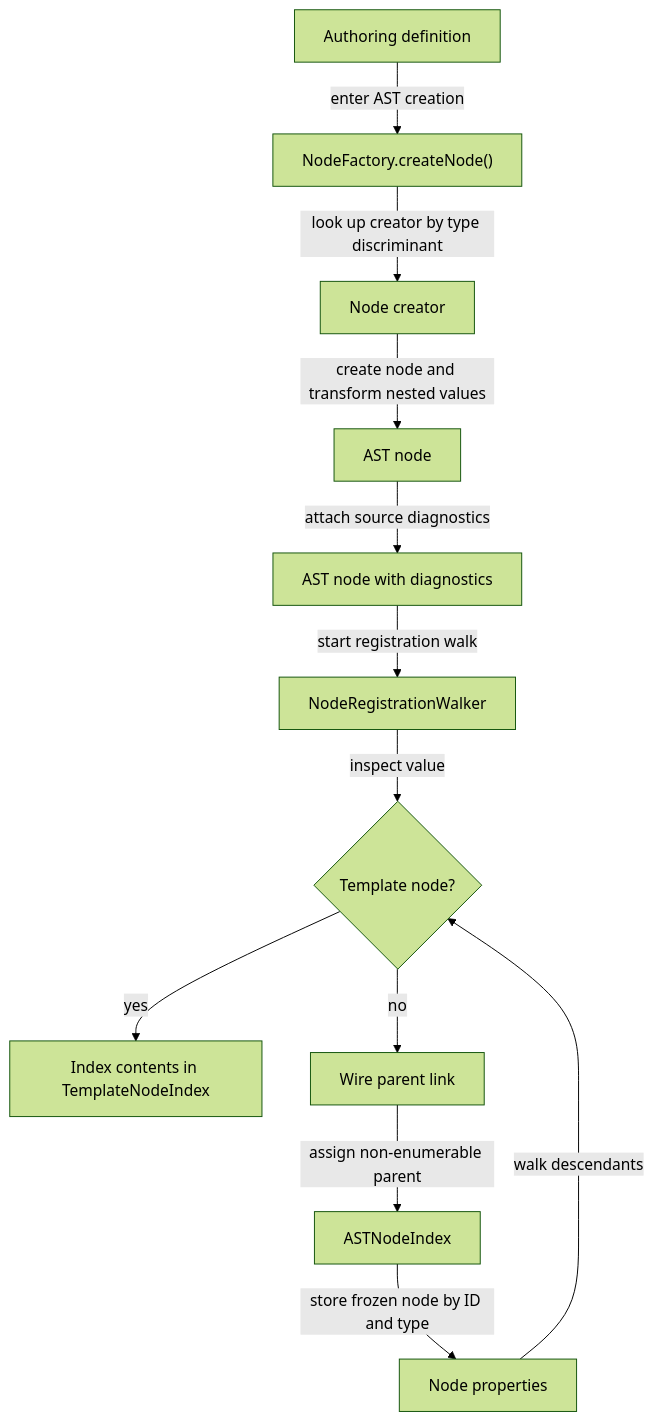
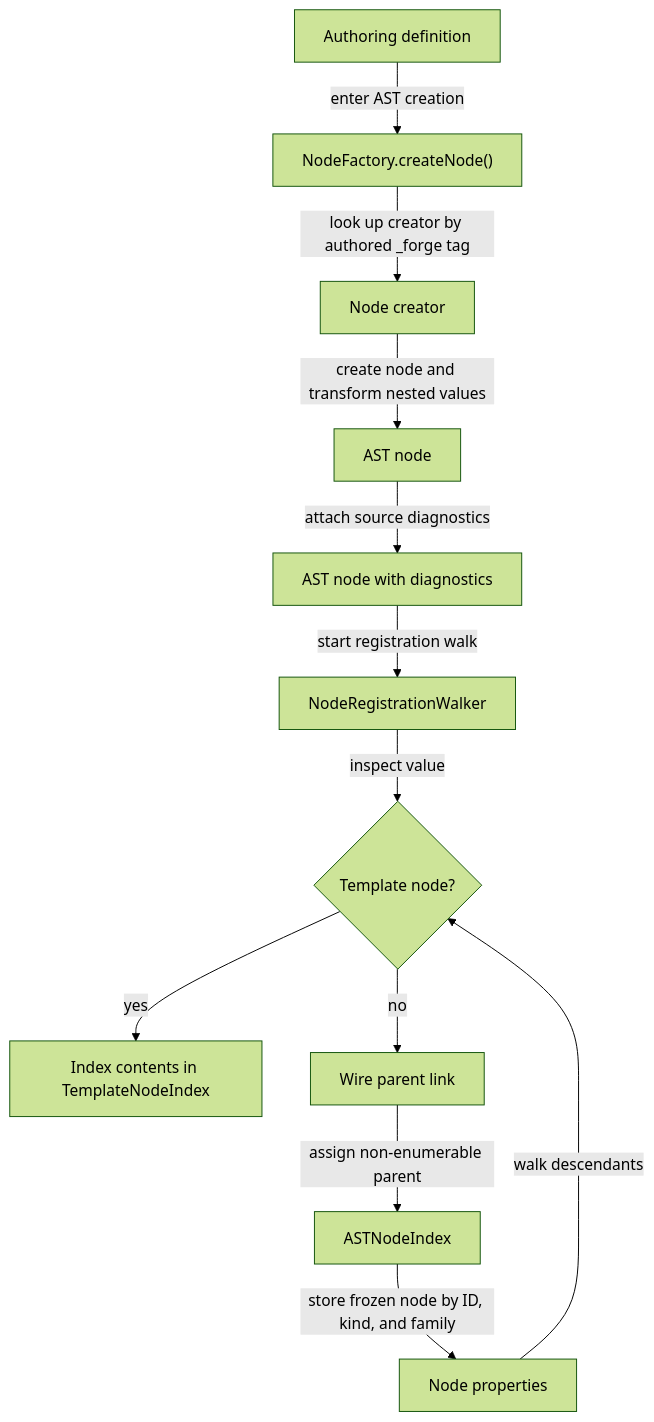
One commit to ministryofjustice/hmpps-forge changed the diagram in packages/forge-core/src/engine/chassis/compilation/ast/README.md. Above: the diagram before and after it, drawn with Mermaid (forest theme). The commit also changed other lines of this file and 106 other files, not shown here.

````diff
--- a/packages/forge-core/src/engine/chassis/compilation/ast/README.md
+++ b/packages/forge-core/src/engine/chassis/compilation/ast/README.md
@@ -109,14 +105,14 @@
 ```mermaid
 flowchart TD
   authoringDefinition["Authoring definition"] -->|enter AST creation| nodeFactory["NodeFactory.createNode()"]
-  nodeFactory -->|look up creator by type discriminant| nodeCreator["Node creator"]
+  nodeFactory -->|look up creator by authored _forge tag| nodeCreator["Node creator"]
   nodeCreator -->|create node and transform nested values| astNode["AST node"]
   astNode -->|attach source diagnostics| diagnosticNode["AST node with diagnostics"]
   diagnosticNode -->|start registration walk| registrationWalker["NodeRegistrationWalker"]
   registrationWalker -->|inspect value| templateCheck{"Template node?"}
   templateCheck -->|yes| indexTemplate["Index contents in TemplateNodeIndex"]
   templateCheck -->|no| wireParent["Wire parent link"]
   wireParent -->|assign non-enumerable parent| registerNode["ASTNodeIndex"]
-  registerNode -->|store frozen node by ID and type| walkProperties["Node properties"]
+  registerNode -->|store frozen node by ID, kind, and family| walkProperties["Node properties"]
   walkProperties -->|walk descendants| templateCheck
 ```
````
